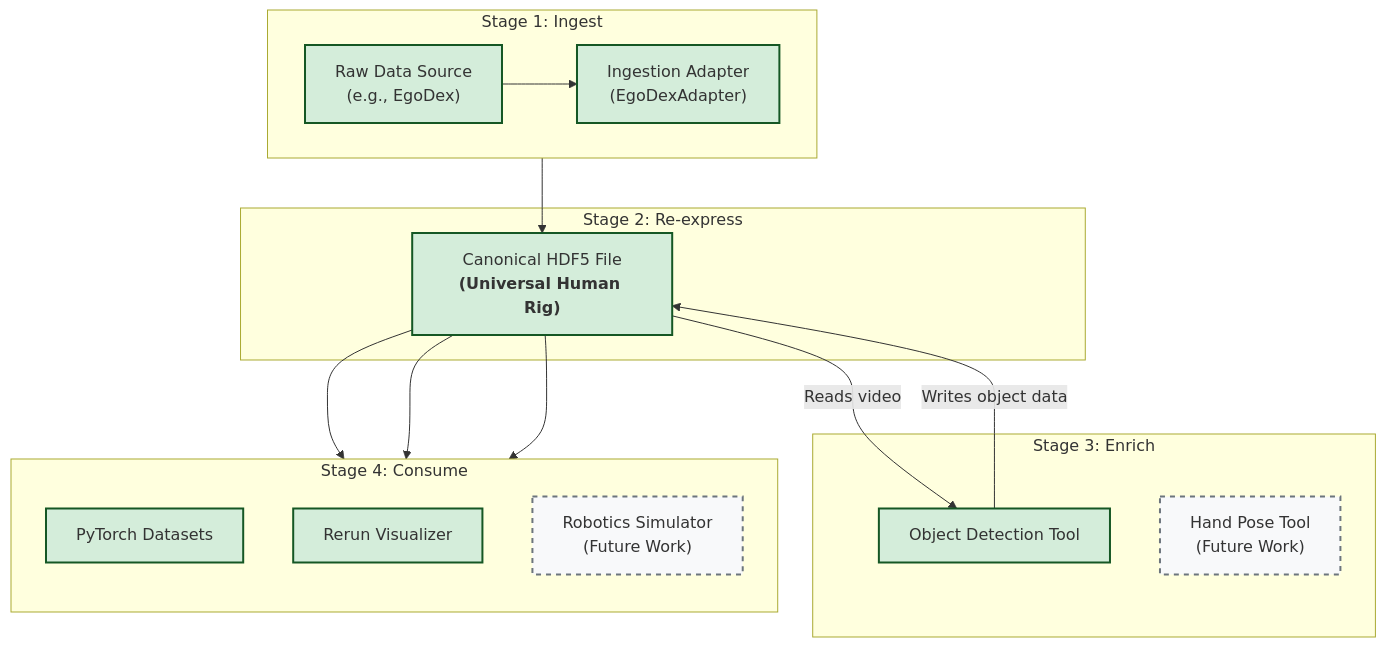
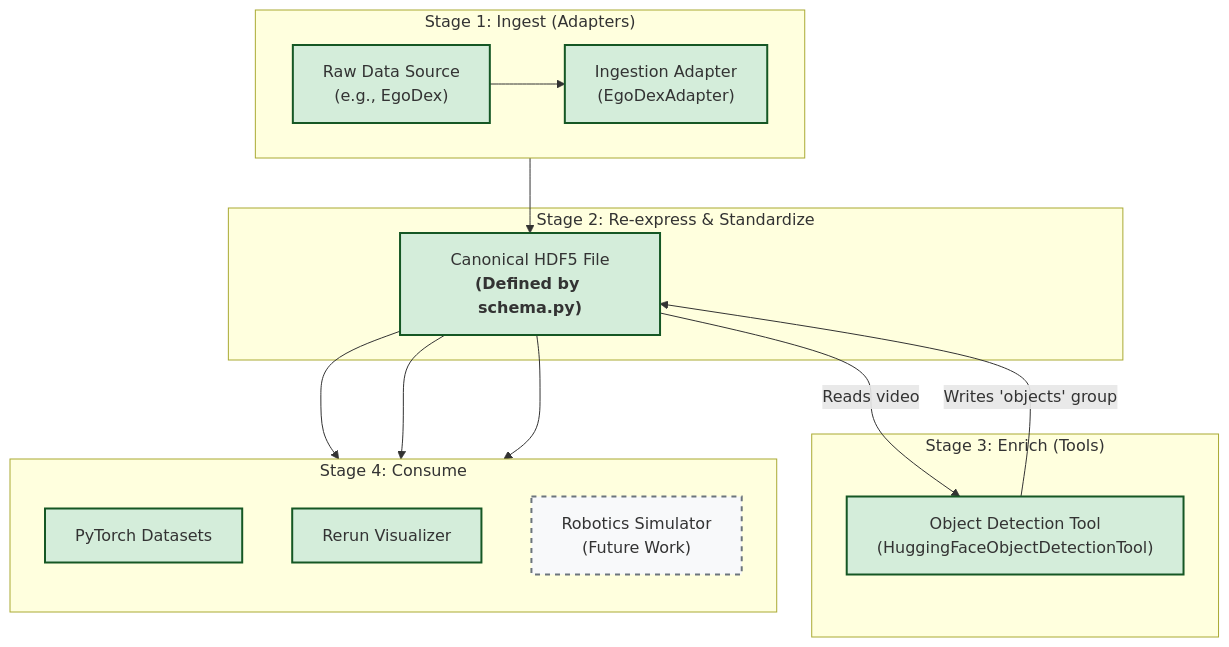
One commit to IstariRobotics/egohub changed the diagram in README.md. Above: the diagram before and after it, drawn with Mermaid. The commit also changed other lines of this file and 16 other files, not shown here.

First line of the commit message:
feat: Refactor dataset adapter architecture and enhance configuration management

````diff
--- a/README.md
+++ b/README.md
@@ -19,39 +20,38 @@
 ```mermaid
 graph TD
     %% Define Styles
     classDef built fill:#d4edda,stroke:#155724,stroke-width:2px
     classDef notBuilt fill:#f8f9fa,stroke:#6c757d,stroke-width:2px,stroke-dasharray: 5 5
 
-    subgraph "Stage 1: Ingest"
+    subgraph "Stage 1: Ingest (Adapters)"
         direction LR
         RawData["Raw Data Source<br/>(e.g., EgoDex)"] --> Adapter["Ingestion Adapter<br/>(EgoDexAdapter)"]
     end
 
-    subgraph "Stage 2: Re-express"
-        Adapter --> CanonicalH5["Canonical HDF5 File<br/><b>(Universal Human Rig)</b>"]
+    subgraph "Stage 2: Re-express & Standardize"
+        Adapter --> CanonicalH5["Canonical HDF5 File<br/><b>(Defined by schema.py)</b>"]
     end
 
-    subgraph "Stage 3: Enrich"
-        ToolDetection["Object Detection Tool"]
-        ToolHand["Hand Pose Tool<br/>(Future Work)"]
+    subgraph "Stage 3: Enrich (Tools)"
+        ToolDetection["Object Detection Tool<br/>(HuggingFaceObjectDetectionTool)"]
         
         CanonicalH5 -->|Reads video| ToolDetection
-        ToolDetection -->|Writes object data| CanonicalH5
+        ToolDetection -->|Writes 'objects' group| CanonicalH5
     end
 
     subgraph "Stage 4: Consume"
         direction TB
         AppPytorch["PyTorch Datasets"]
         AppRerun["Rerun Visualizer"]
         AppSim["Robotics Simulator<br/>(Future Work)"]
     end
 
     %% Define Flows
     CanonicalH5 --> AppPytorch
     CanonicalH5 --> AppRerun
     CanonicalH5 --> AppSim
 
     %% Apply Styles to Nodes
     class RawData,Adapter,CanonicalH5,AppPytorch,AppRerun,ToolDetection built
-    class ToolHand,AppSim notBuilt
+    class AppSim notBuilt
 ```
````
